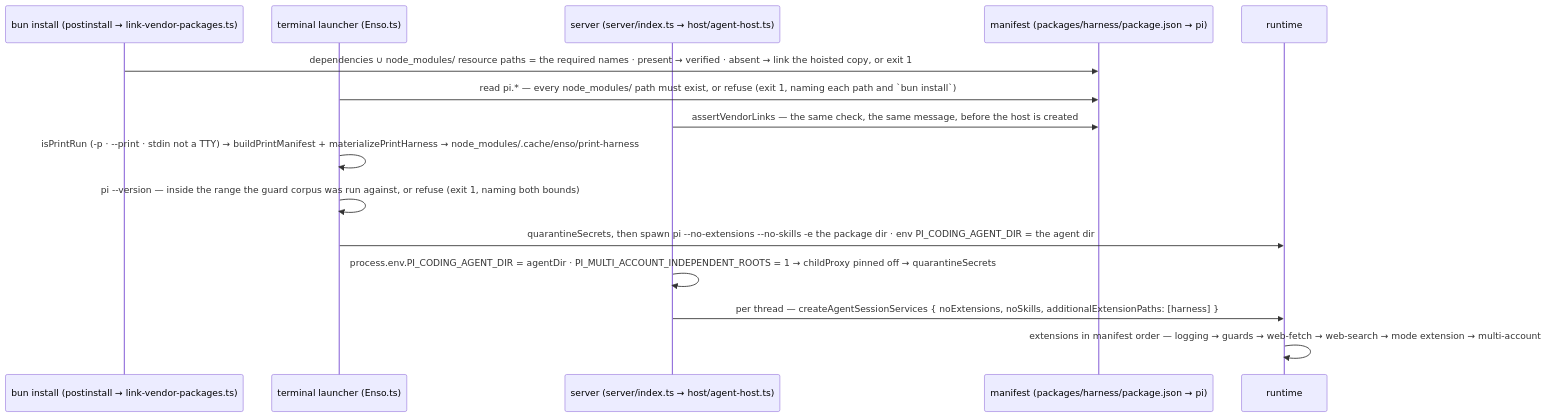
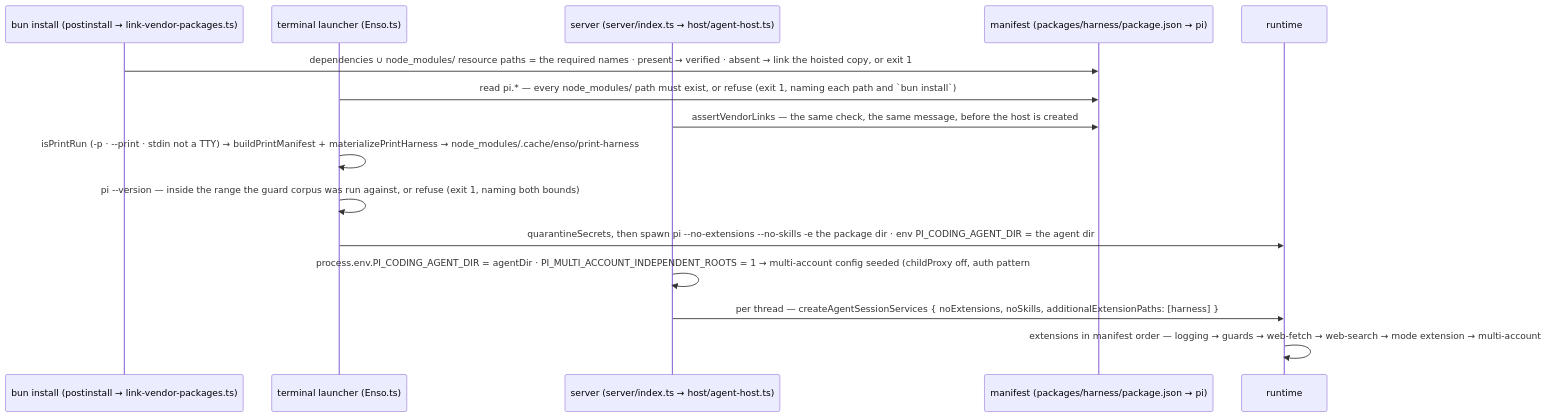
One commit to dopamine911/enso-harness changed the diagram in docs/flows/boot-and-launchers.md. Above: the diagram before and after it, drawn with Mermaid. The commit also changed 6 other files, not shown here.

````diff
--- a/docs/flows/boot-and-launchers.md
+++ b/docs/flows/boot-and-launchers.md
@@ -11,18 +11,18 @@
 ```mermaid
 sequenceDiagram
   participant I as bun install (postinstall → link-vendor-packages.ts)
   participant Z as terminal launcher (Enso.ts)
   participant S as server (server/index.ts → host/agent-host.ts)
   participant M as manifest (packages/harness/package.json → pi)
   participant R as runtime
 
   I->>M: dependencies ∪ node_modules/ resource paths = the required names · present → verified · absent → link the hoisted copy, or exit 1
   Z->>M: read pi.* — every node_modules/ path must exist, or refuse (exit 1, naming each path and `bun install`)
   S->>M: assertVendorLinks — the same check, the same message, before the host is created
   Z->>Z: isPrintRun (-p · --print · stdin not a TTY) → buildPrintManifest + materializePrintHarness → node_modules/.cache/enso/print-harness
   Z->>Z: pi --version — inside the range the guard corpus was run against, or refuse (exit 1, naming both bounds)
   Z->>R: quarantineSecrets, then spawn pi --no-extensions --no-skills -e the package dir · env PI_CODING_AGENT_DIR = the agent dir
-  S->>S: process.env.PI_CODING_AGENT_DIR = agentDir · PI_MULTI_ACCOUNT_INDEPENDENT_ROOTS = 1 → childProxy pinned off → quarantineSecrets
+  S->>S: process.env.PI_CODING_AGENT_DIR = agentDir · PI_MULTI_ACCOUNT_INDEPENDENT_ROOTS = 1 → multi-account config seeded (childProxy off, auth pattern #341) → quarantineSecrets
   S->>R: per thread — createAgentSessionServices { noExtensions, noSkills, additionalExtensionPaths: [harness] }
   R->>R: extensions in manifest order — logging → guards → web-fetch → web-search → mode extension → multi-account
 ```
````
